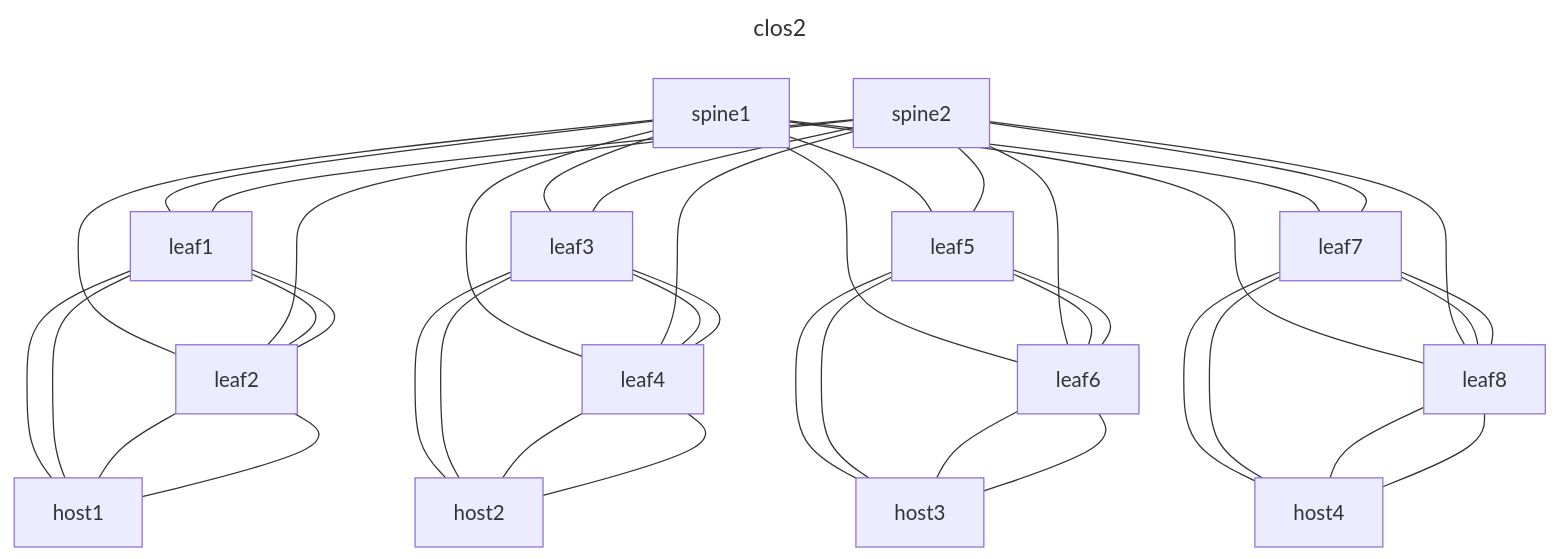
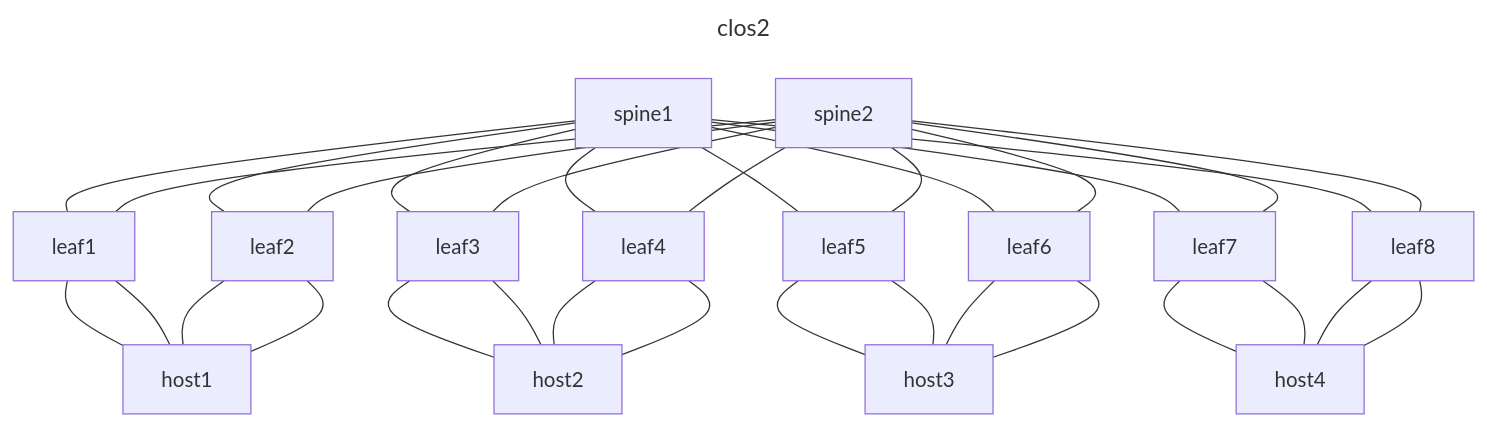
One commit to jryburn/ac2-labinfo changed the diagram in clabs-srl/srl-evpn-clos2.clab.mermaid. Above: the diagram before and after it, drawn with Mermaid.

Commit message:
Udpate topo

```diff
--- a/clabs-srl/srl-evpn-clos2.clab.mermaid
+++ b/clabs-srl/srl-evpn-clos2.clab.mermaid
@@ -1,44 +1,36 @@
 ---
 title: clos2
 ---
 graph TD
   spine1---leaf1
   spine1---leaf2
   spine1---leaf3
   spine1---leaf4
   spine1---leaf5
   spine1---leaf6
   spine1---leaf7
   spine1---leaf8
   spine2---leaf1
   spine2---leaf2
   spine2---leaf3
   spine2---leaf4
   spine2---leaf5
   spine2---leaf6
   spine2---leaf7
   spine2---leaf8
-  leaf1---leaf2
-  leaf1---leaf2
-  leaf3---leaf4
-  leaf3---leaf4
-  leaf5---leaf6
-  leaf5---leaf6
-  leaf7---leaf8
-  leaf7---leaf8
   leaf1---host1
   leaf1---host1
   leaf2---host1
   leaf2---host1
   leaf3---host2
   leaf3---host2
   leaf4---host2
   leaf4---host2
   leaf5---host3
   leaf5---host3
   leaf6---host3
   leaf6---host3
   leaf7---host4
   leaf7---host4
   leaf8---host4
   leaf8---host4
```
